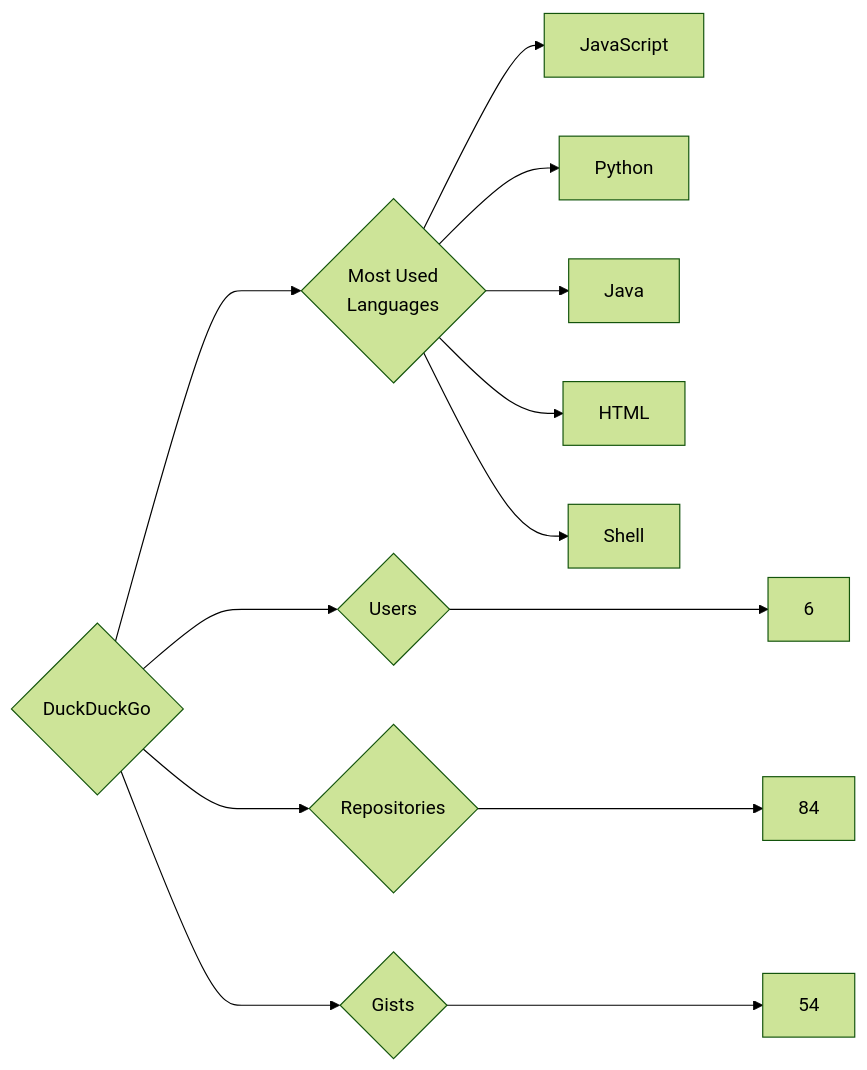
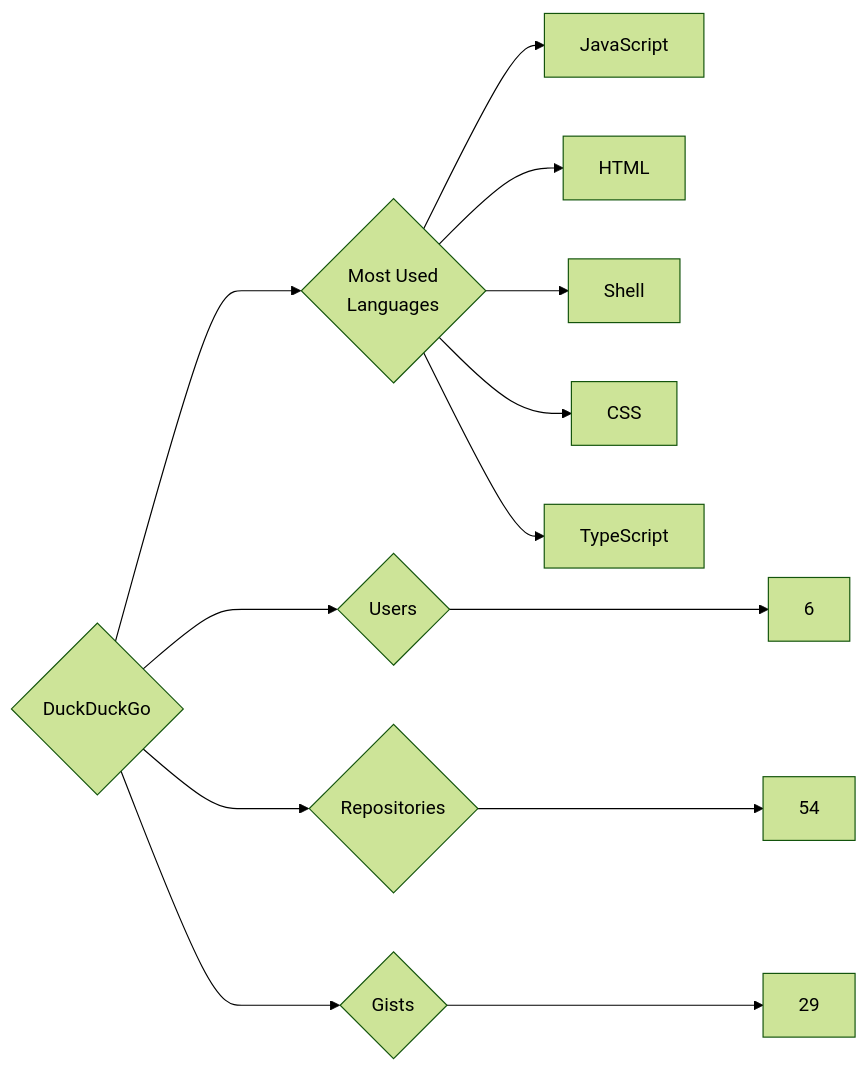
Before and after one commit to trickest/insiders: the diagram in targets/DuckDuckGo/README.md, drawn with Mermaid (forest theme). The commit also changed 933 other files, not shown here.

````diff
--- a/targets/DuckDuckGo/README.md
+++ b/targets/DuckDuckGo/README.md
@@ -3,13 +3,13 @@
 ```mermaid
 graph LR
 COMPANY_NAME{DuckDuckGo}
 COMPANY_NAME ---> U{Users} ---> UN[6]
-COMPANY_NAME ---> R{Repositories} ---> RN[84]
-COMPANY_NAME ---> G{Gists} ---> GN[54]
+COMPANY_NAME ---> R{Repositories} ---> RN[54]
+COMPANY_NAME ---> G{Gists} ---> GN[29]
 COMPANY_NAME ---> ML{Most Used<br>Languages}
 ML --> JavaScript[JavaScript]
-ML --> Python[Python]
-ML --> Java[Java]
 ML --> HTML[HTML]
 ML --> Shell[Shell]
+ML --> CSS[CSS]
+ML --> TypeScript[TypeScript]
 ```
````
